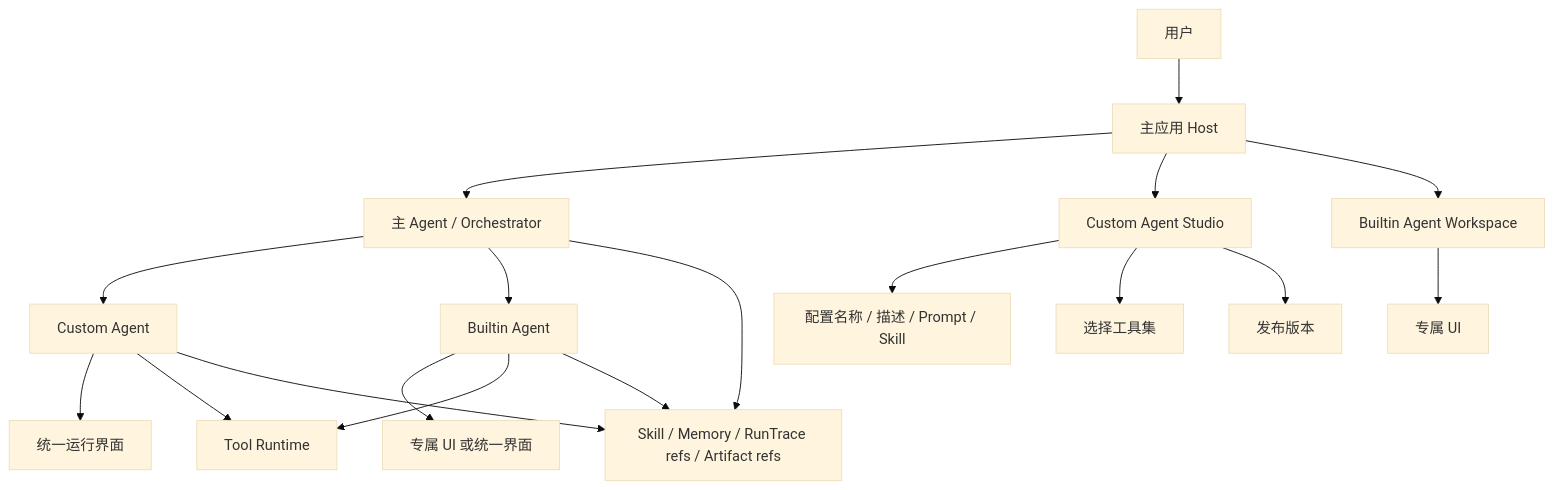
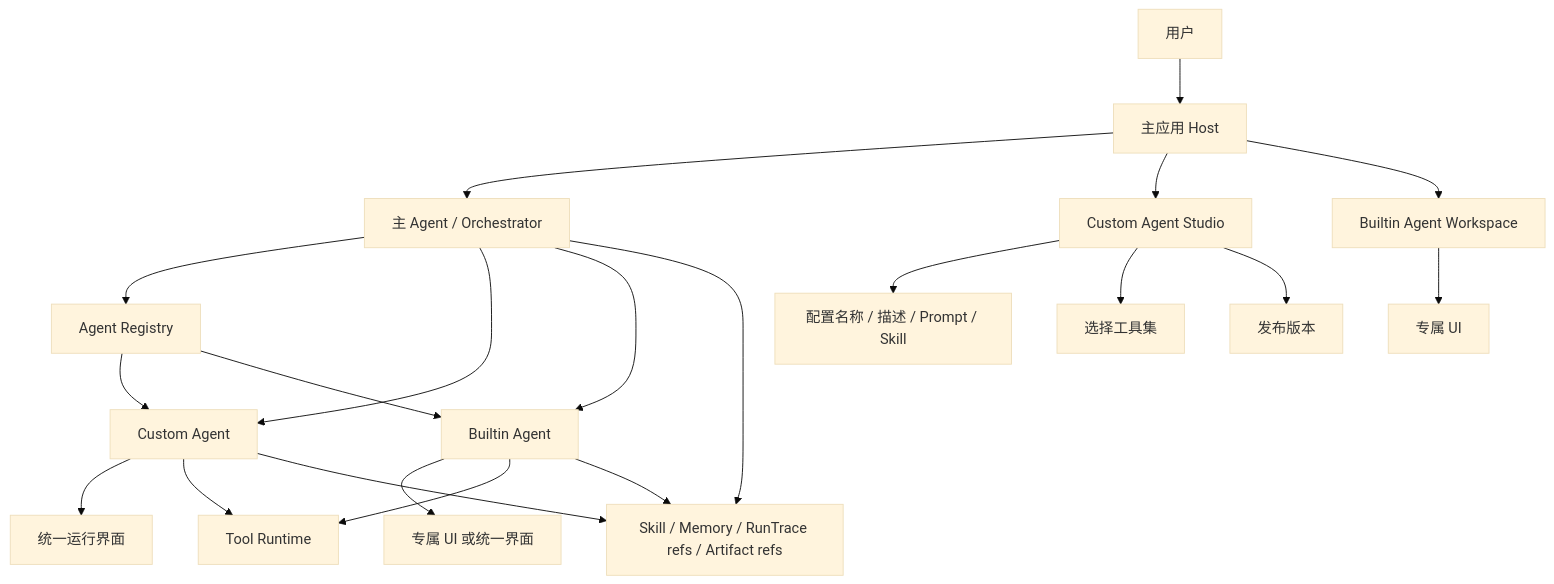
One commit to gexulhh520/gexuclaw changed the first of 5 diagrams in docs/agent-platform/AGENT_PLATFORM_DESIGN.md. Above: the diagram before and after it, drawn with Mermaid (base theme). The commit also changed other lines of this file and 15 other files, not shown here.

````diff
--- a/docs/agent-platform/AGENT_PLATFORM_DESIGN.md
+++ b/docs/agent-platform/AGENT_PLATFORM_DESIGN.md
@@ -87,26 +88,29 @@
 ```mermaid
 flowchart TD
     U["用户"] --> H["主应用 Host"]
     H --> M["主 Agent / Orchestrator"]
+    M --> R["Agent Registry"]
     H --> C["Custom Agent Studio"]
     H --> B["Builtin Agent Workspace"]
 
     M --> A1["Custom Agent"]
     M --> A2["Builtin Agent"]
+    R --> A1
+    R --> A2
 
     C --> CA["配置名称 / 描述 / Prompt / Skill"]
     C --> CT["选择工具集"]
     C --> CV["发布版本"]
 
     B --> BI["专属 UI"]
 
     A1 --> UI1["统一运行界面"]
     A2 --> UI2["专属 UI 或统一界面"]
 
     A1 --> T["Tool Runtime"]
     A2 --> T
 
     A1 --> S["Skill / Memory / RunTrace refs / Artifact refs"]
     A2 --> S
     M --> S
 ```
````
